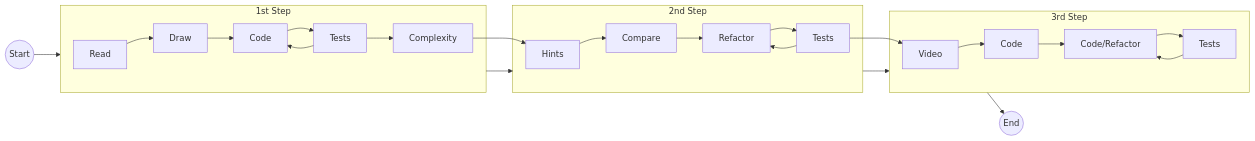
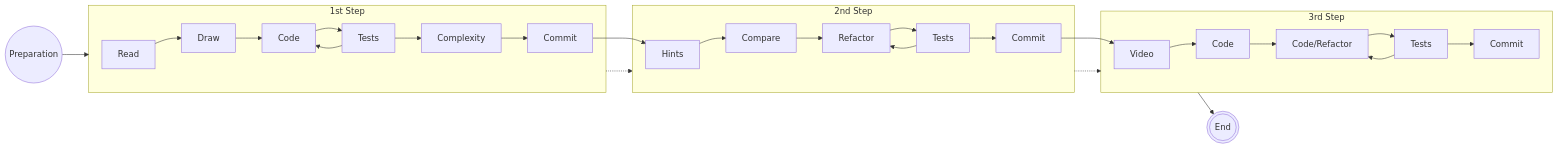
The diagram in README.md (filipe1309/algoexpert-ts-solutions), drawn with Mermaid before and after one commit. The commit also changed other lines of this file, not shown here.

Commit message:
docs(README): improve study method graph

````diff
--- a/README.md
+++ b/README.md
@@ -308,28 +314,31 @@
 ```mermaid
 flowchart LR
-    START((Start)) --> one
+    START((Preparation)) --> one
     subgraph one[1st Step]
     A[Read] --> B[Draw]
     B --> C[Code]
     C --> D[Tests]
     D --> C
     D --> I[Complexity]
+    I --> R[Commit]
     end
     subgraph two[2nd Step]
-    I --> J[Hints]
+    R --> J[Hints]
     J --> K[Compare]
     K --> L[Refactor]
     L --> M[Tests]
     M --> L 
+    M --> S[Commit]
     end
     subgraph three[3rd Step]
-    M --> N[Video]
+    S --> N[Video]
     N --> O[Code]
     O --> P[Code/Refactor]
     P --> Q[Tests]
     Q --> P
+    Q --> T[Commit]
     end
-    one --> two
-    two --> three
-    three --> End((End))
+    one -.-> two
+    two -.-> three
+    three --> End(((End)))
 ```
````
